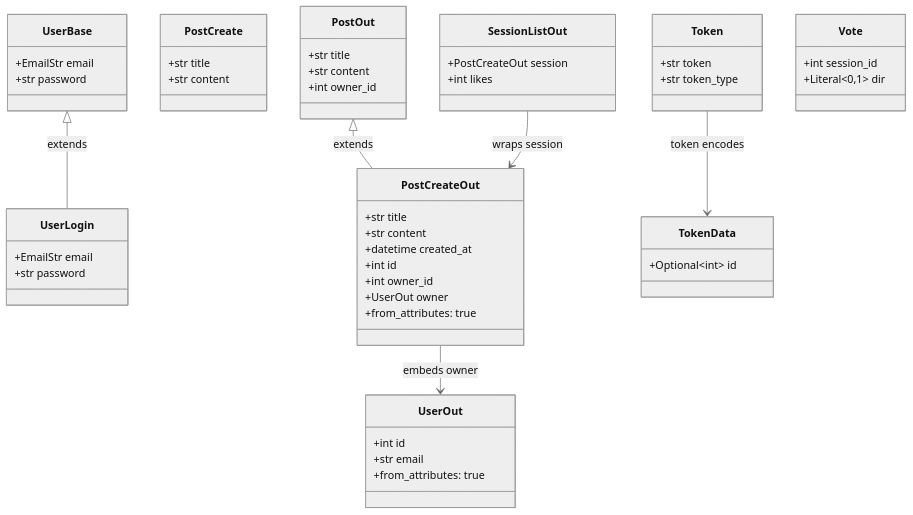
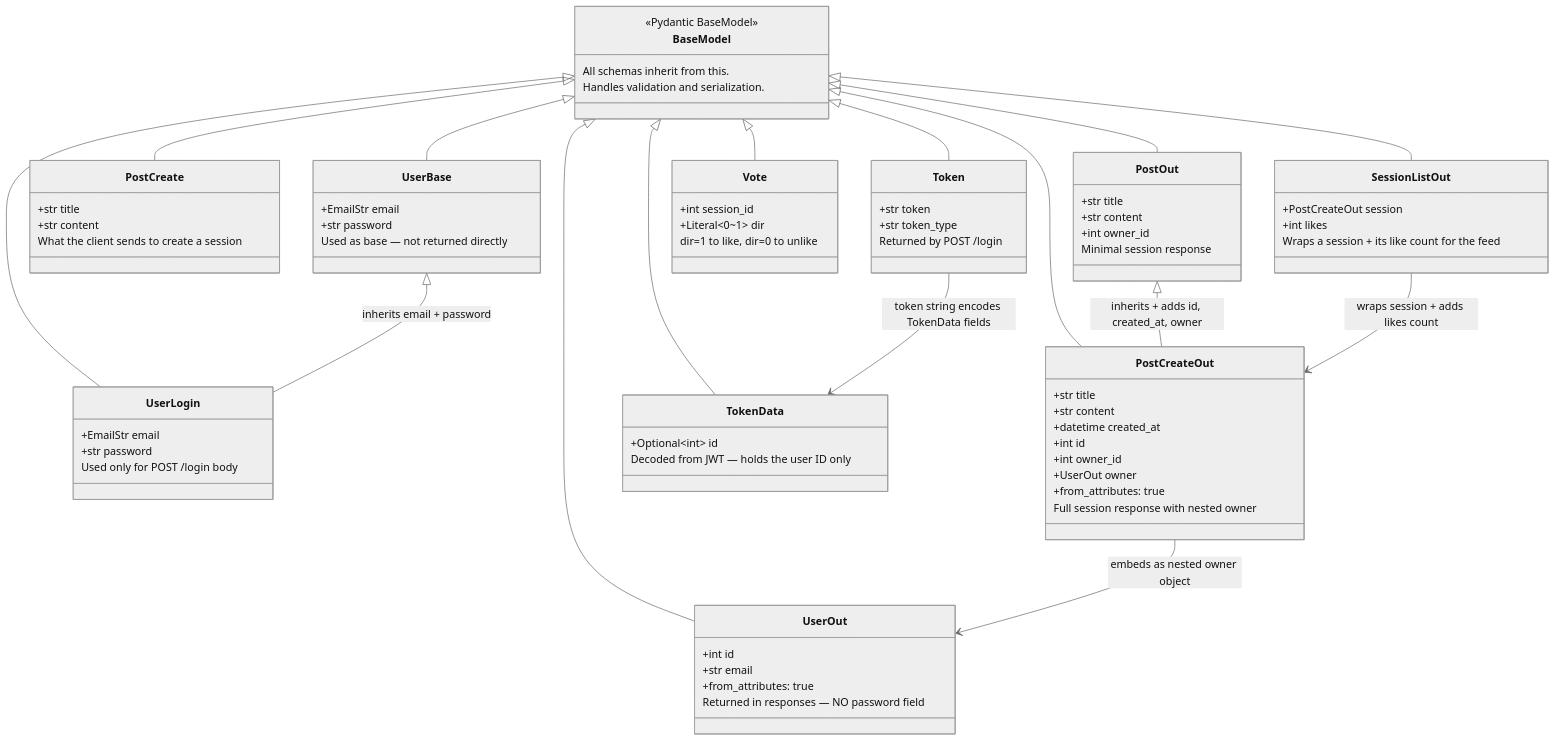
Before and after one commit to john3lizama/Music_Practice_Companion: the second of 4 diagrams in docs/04_class_diagram.md, drawn with Mermaid (neutral theme). The commit also changed other lines of this file and 5 other files, not shown here.

Commit message:
Enhance audio data pipeline documentation: clarify purpose, structure, and flow; detail each processing step with inputs, outputs, and algorithms; improve feedback generation and scoring sections; and outline implementation order and future enhancements.

````diff
--- a/docs/04_class_diagram.md
+++ b/docs/04_class_diagram.md
@@ -53,29 +91,45 @@
 ```mermaid
 classDiagram
+    direction TB
+
+    class BaseModel {
+        <<Pydantic BaseModel>>
+        All schemas inherit from this.
+        Handles validation and serialization.
+    }
 
     class UserBase {
         +EmailStr email
         +str password
+        Used as base — not returned directly
     }
+
     class UserOut {
         +int id
         +str email
         +from_attributes: true
+        Returned in responses — NO password field
     }
+
     class UserLogin {
         +EmailStr email
         +str password
+        Used only for POST /login body
     }
 
     class PostCreate {
         +str title
         +str content
+        What the client sends to create a session
     }
+
     class PostOut {
         +str title
         +str content
         +int owner_id
+        Minimal session response
     }
+
     class PostCreateOut {
         +str title
         +str content
@@ -84,28 +138,46 @@
         +int owner_id
         +UserOut owner
         +from_attributes: true
+        Full session response with nested owner
     }
+
     class SessionListOut {
         +PostCreateOut session
         +int likes
+        Wraps a session + its like count for the feed
     }
 
     class Token {
         +str token
         +str token_type
+        Returned by POST /login
     }
+
     class TokenData {
         +Optional~int~ id
+        Decoded from JWT — holds the user ID only
     }
 
     class Vote {
         +int session_id
-        +Literal~0,1~ dir
+        +Literal~0~1~ dir
+        dir=1 to like, dir=0 to unlike
     }
 
-    UserBase <|-- UserLogin        : extends
-    PostOut  <|-- PostCreateOut    : extends
-    PostCreateOut --> UserOut      : embeds owner
-    SessionListOut --> PostCreateOut : wraps session
-    Token --> TokenData            : token encodes
+    BaseModel <|-- UserBase
+    BaseModel <|-- UserOut
+    BaseModel <|-- UserLogin
+    BaseModel <|-- PostCreate
+    BaseModel <|-- PostOut
+    BaseModel <|-- PostCreateOut
+    BaseModel <|-- SessionListOut
+    BaseModel <|-- Token
+    BaseModel <|-- TokenData
+    BaseModel <|-- Vote
+
+    UserBase <|-- UserLogin        : inherits email + password
+    PostOut  <|-- PostCreateOut    : inherits + adds id, created_at, owner
+    PostCreateOut --> UserOut      : embeds as nested owner object
+    SessionListOut --> PostCreateOut : wraps session + adds likes count
+    Token --> TokenData            : token string encodes TokenData fields
 ```
````
